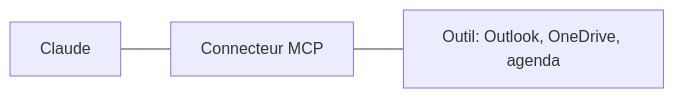
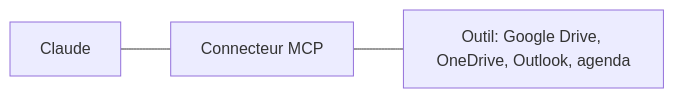
Before and after one commit to DeveloPassion/atelier-ia-ecole-direction: the diagram in src/parts/13 - Bonus, les connecteurs et MCP.md, drawn with Mermaid. The commit also changed other lines of this file and 20 other files, not shown here.

````diff
--- a/src/parts/13 - Bonus, les connecteurs et MCP.md
+++ b/src/parts/13 - Bonus, les connecteurs et MCP.md
@@ -14,4 +15,4 @@
 ```mermaid
 flowchart LR
-  C[Claude] --- M[Connecteur MCP] --- O[Outil: Outlook, OneDrive, agenda]
+  C[Claude] --- M[Connecteur MCP] --- O[Outil: Google Drive, OneDrive, Outlook, agenda]
 ```
````
